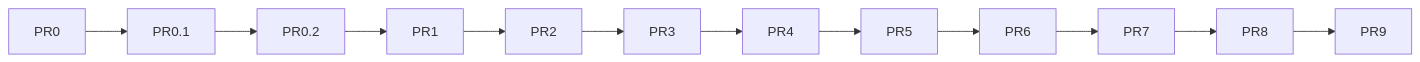
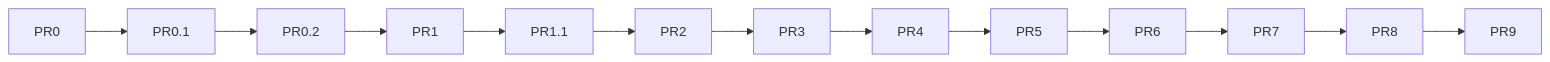
The fourth of 4 diagrams in docs/architecture/TECHNICAL_ARCHITECTURE.md (LOZEST/quiz-tsi-next), drawn with Mermaid before and after one commit. The commit also changed other lines of this file and 5 other files, not shown here.

````diff
--- a/docs/architecture/TECHNICAL_ARCHITECTURE.md
+++ b/docs/architecture/TECHNICAL_ARCHITECTURE.md
@@ -109,4 +109,4 @@
 ```mermaid
 flowchart LR
-  PR0 --> PR01["PR0.1"] --> PR02["PR0.2"] --> PR1 --> PR2 --> PR3 --> PR4 --> PR5 --> PR6 --> PR7 --> PR8 --> PR9
+  PR0 --> PR01["PR0.1"] --> PR02["PR0.2"] --> PR1 --> PR11["PR1.1"] --> PR2 --> PR3 --> PR4 --> PR5 --> PR6 --> PR7 --> PR8 --> PR9
 ```
````
